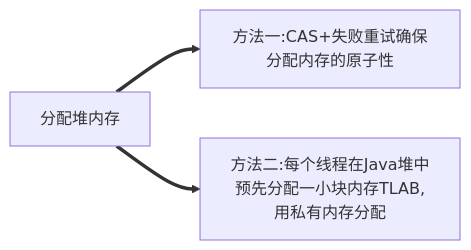
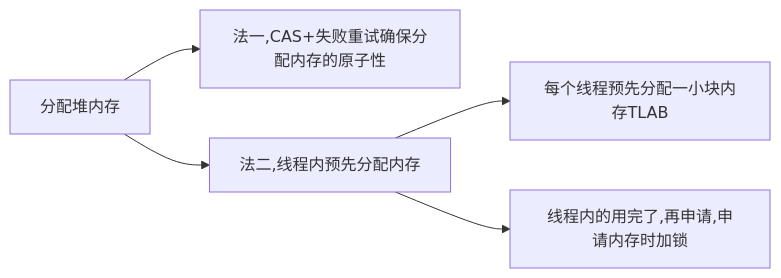
The third of 9 diagrams in Java-Virtual-Machine/02-内存结构.md (csliujw/CodeNotes), drawn with Mermaid before and after one commit. The commit also changed other lines of this file and 1 other file, not shown here.

````diff
--- a/Java-Virtual-Machine/02-内存结构.md
+++ b/Java-Virtual-Machine/02-内存结构.md
@@ -209,6 +221,7 @@
 ```mermaid
 graph LR
-分配堆内存==>方法一:CAS+失败重试确保分配内存的原子性
+分配堆内存-->法一,CAS+失败重试确保分配内存的原子性
 
-分配堆内存==>方法二:每个线程在Java堆中预先分配一小块内存TLAB,用私有内存分配
+分配堆内存-->法二,线程内预先分配内存-->每个线程预先分配一小块内存TLAB
+法二,线程内预先分配内存-->线程内的用完了,再申请,申请内存时加锁
 ```
````
